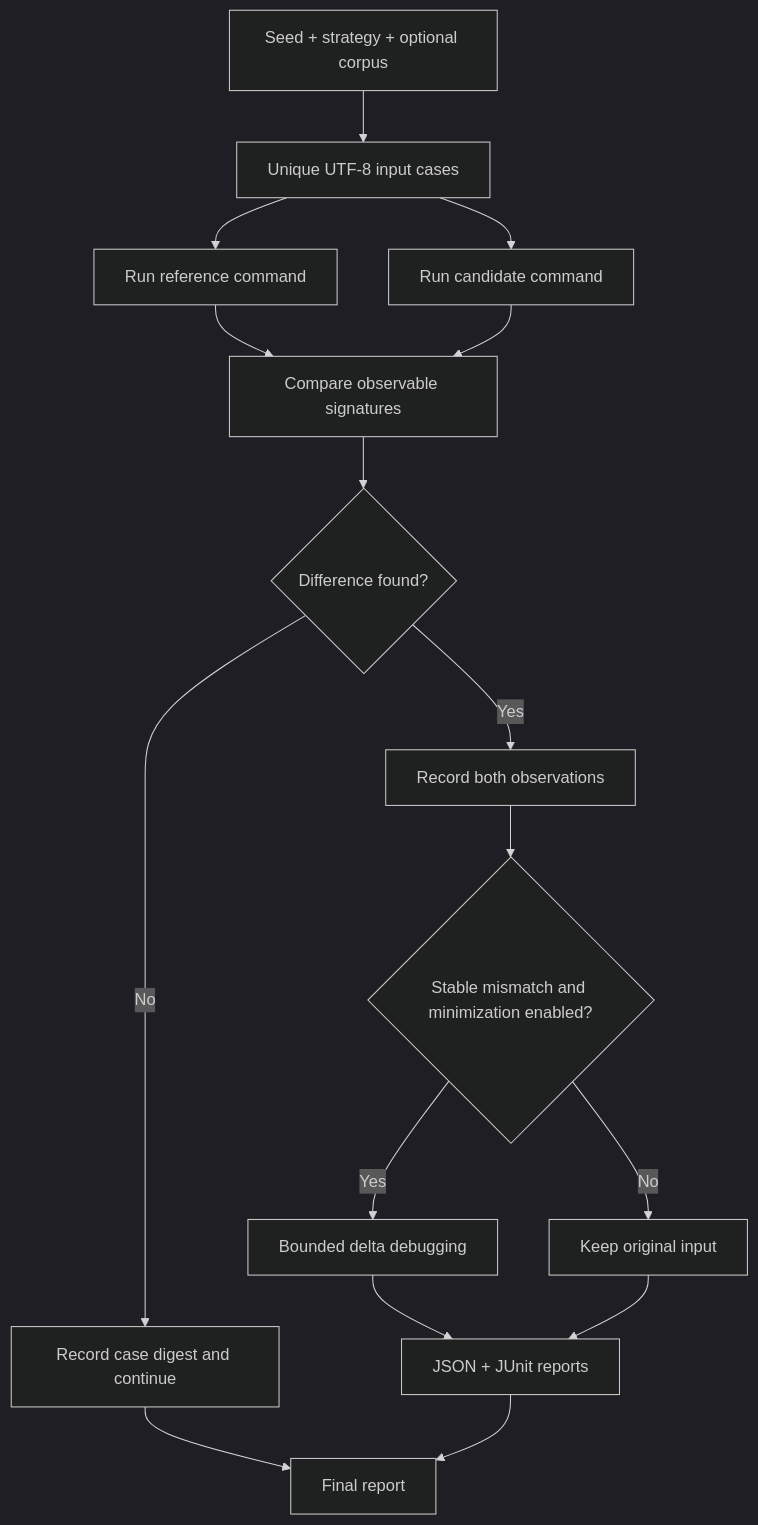
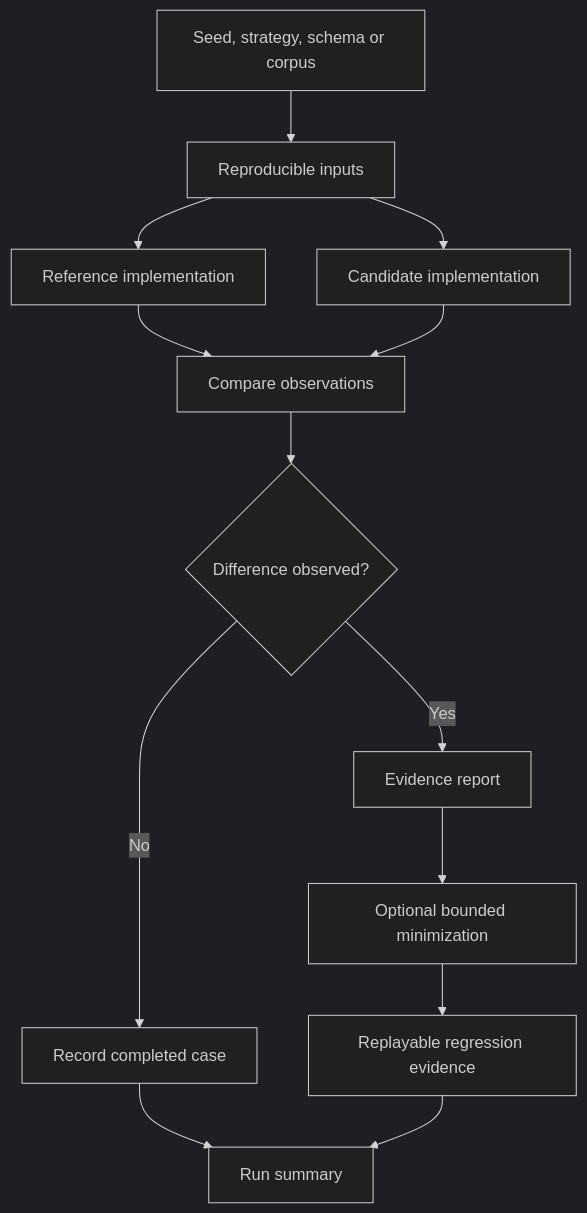
One commit to ArnabIITP/TwinCheck changed the diagram in README.md. Above: the diagram before and after it, drawn with Mermaid (dark theme). The commit also changed other lines of this file and 13 other files, not shown here.

````diff
--- a/README.md
+++ b/README.md
@@ -126,18 +91,15 @@
 ```mermaid
 flowchart TD
-    A[Seed + strategy + optional corpus] --> B[Unique UTF-8 input cases]
-    B --> C[Run reference command]
-    B --> D[Run candidate command]
-    C --> E[Compare observable signatures]
+    A[Seed, strategy, schema or corpus] --> B[Reproducible inputs]
+    B --> C[Reference implementation]
+    B --> D[Candidate implementation]
+    C --> E[Compare observations]
     D --> E
-    E --> F{Difference found?}
-    F -- No --> G[Record case digest and continue]
-    F -- Yes --> H[Record both observations]
-    H --> I{Stable mismatch and minimization enabled?}
-    I -- Yes --> J[Bounded delta debugging]
-    I -- No --> K[Keep original input]
-    J --> L[JSON + JUnit reports]
-    K --> L
-    G --> M[Final report]
-    L --> M
+    E --> F{Difference observed?}
+    F -- No --> G[Record completed case]
+    F -- Yes --> H[Evidence report]
+    H --> I[Optional bounded minimization]
+    I --> J[Replayable regression evidence]
+    G --> K[Run summary]
+    J --> K
 ```
````
